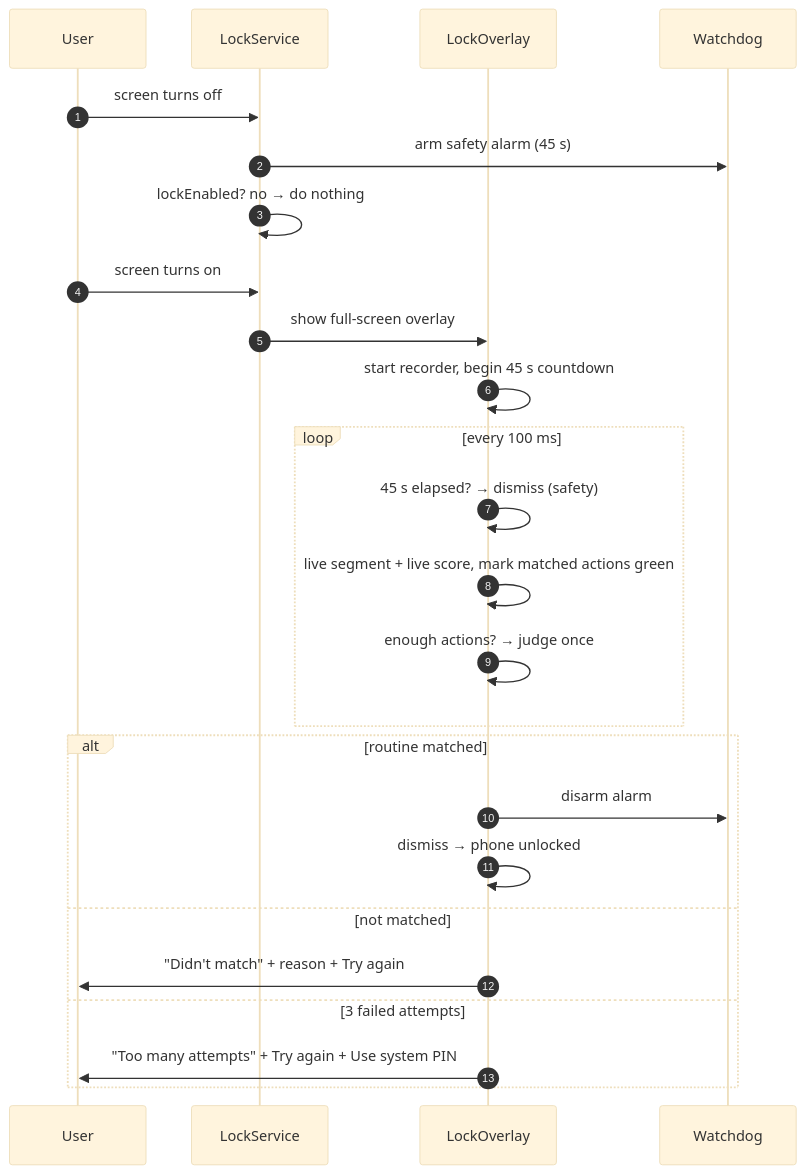
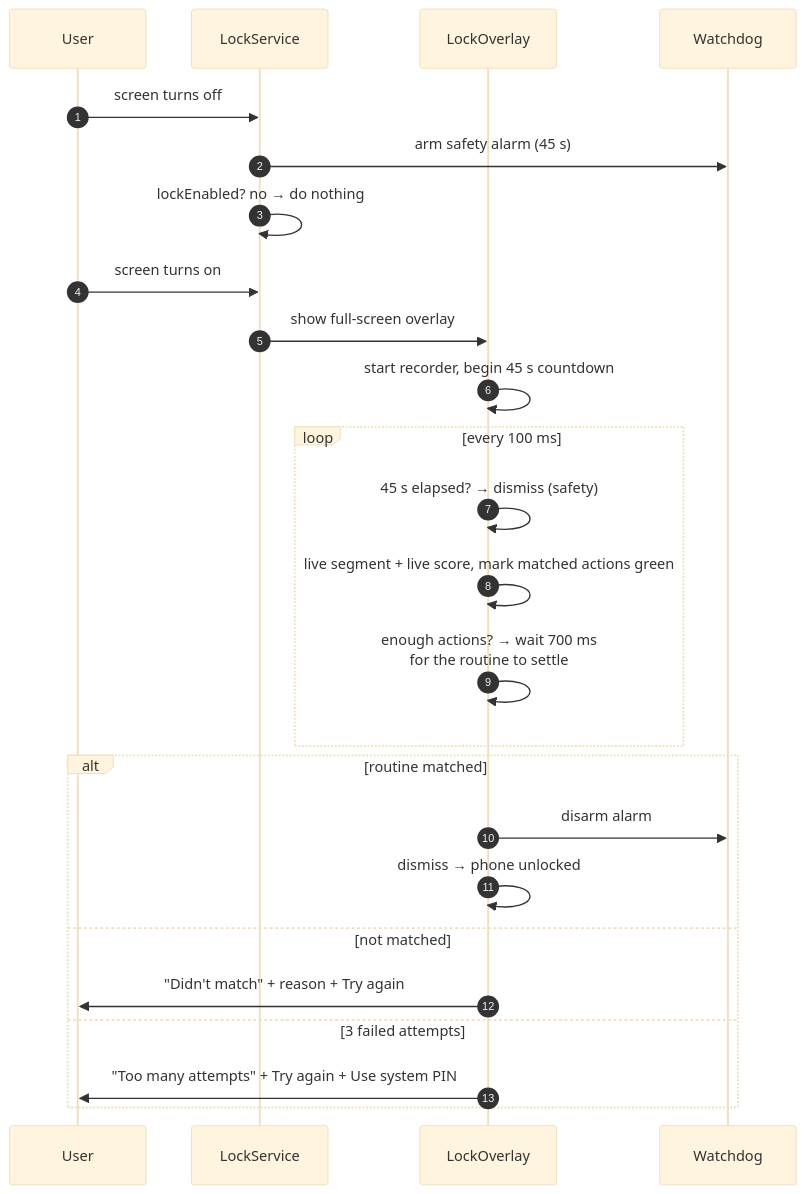
The eighth of 11 diagrams in README.md (MITHUNMITS/behavioral-lock), drawn with Mermaid (base theme) before and after one commit. The commit also changed other lines of this file, not shown here.

Commit message:
README: document settle-before-judge and the quiet-failure rule

````diff
--- a/README.md
+++ b/README.md
@@ -348,28 +354,28 @@
 ```mermaid
 sequenceDiagram
     autonumber
     participant U as User
     participant S as LockService
     participant O as LockOverlay
     participant W as Watchdog
 
     U->>S: screen turns off
     S->>W: arm safety alarm (45 s)
     S->>S: lockEnabled? no → do nothing
     U->>S: screen turns on
     S->>O: show full-screen overlay
     O->>O: start recorder, begin 45 s countdown
     loop every 100 ms
         O->>O: 45 s elapsed? → dismiss (safety)
         O->>O: live segment + live score, mark matched actions green
-        O->>O: enough actions? → judge once
+        O->>O: enough actions? → wait 700 ms<br/>for the routine to settle
     end
     alt routine matched
         O->>W: disarm alarm
         O->>O: dismiss → phone unlocked
     else not matched
         O->>U: "Didn't match" + reason + Try again
     else 3 failed attempts
         O->>U: "Too many attempts" + Try again + Use system PIN
     end
 ```
````
